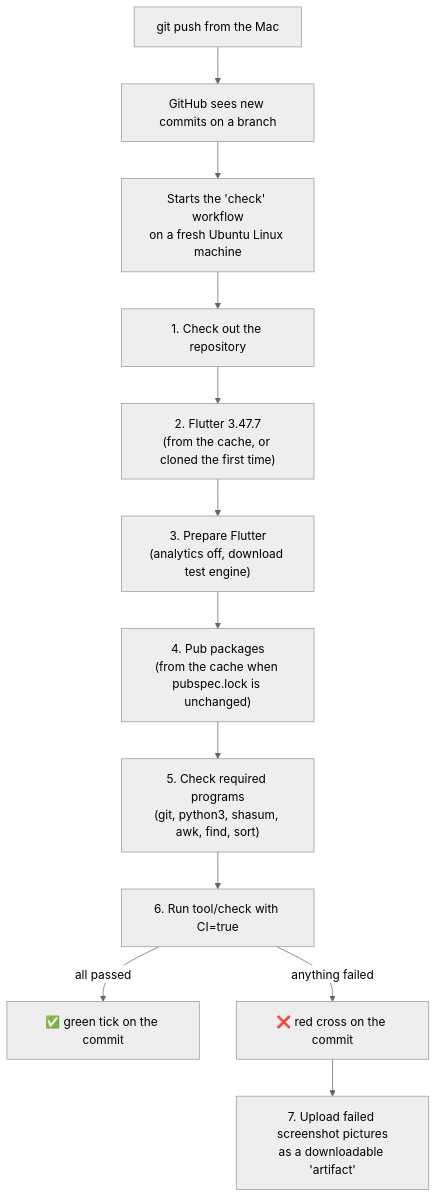
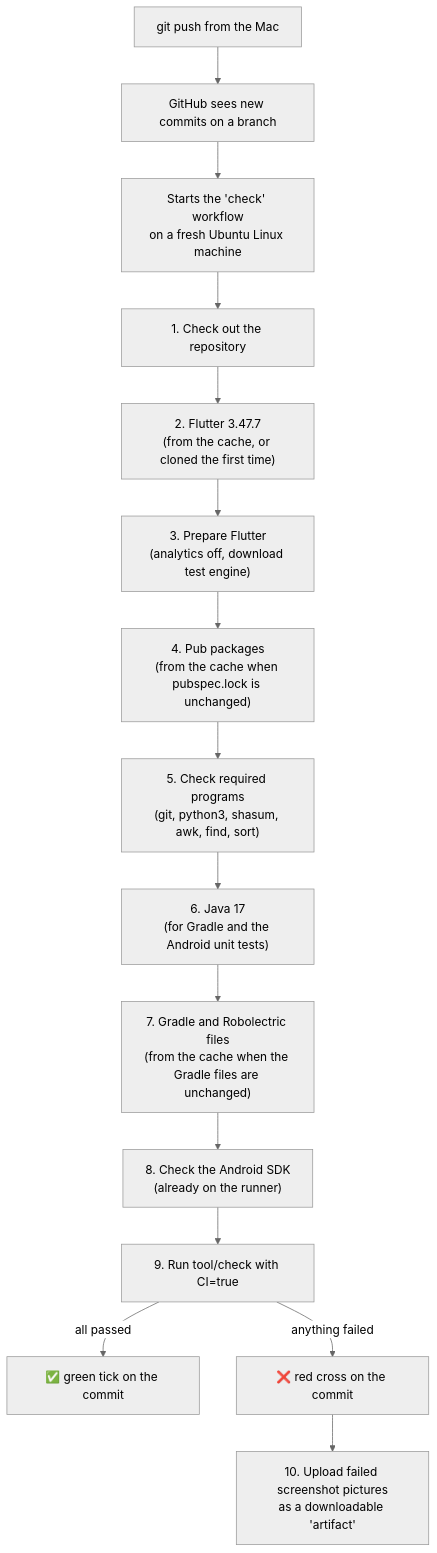
One commit to yashsarda21/taketray changed the diagram in docs/learn/github-automatic-checks.md. Above: the diagram before and after it, drawn with Mermaid (neutral theme). The commit also changed other lines of this file and 31 other files, not shown here.

````diff
--- a/docs/learn/github-automatic-checks.md
+++ b/docs/learn/github-automatic-checks.md
@@ -34,14 +34,17 @@
 ```mermaid
 flowchart TD
     A["git push from the Mac"] --> B["GitHub sees new commits on a branch"]
     B --> C["Starts the 'check' workflow<br/>on a fresh Ubuntu Linux machine"]
     C --> D["1. Check out the repository"]
     D --> E["2. Flutter 3.47.7<br/>(from the cache, or cloned the first time)"]
     E --> F["3. Prepare Flutter<br/>(analytics off, download test engine)"]
     F --> G["4. Pub packages<br/>(from the cache when pubspec.lock is unchanged)"]
     G --> H["5. Check required programs<br/>(git, python3, shasum, awk, find, sort)"]
-    H --> I["6. Run tool/check with CI=true"]
+    H --> H2["6. Java 17<br/>(for Gradle and the Android unit tests)"]
+    H2 --> H3["7. Gradle and Robolectric files<br/>(from the cache when the Gradle files are unchanged)"]
+    H3 --> H4["8. Check the Android SDK<br/>(already on the runner)"]
+    H4 --> I["9. Run tool/check with CI=true"]
     I -->|all passed| J["✅ green tick on the commit"]
     I -->|anything failed| K["❌ red cross on the commit"]
-    K --> L["7. Upload failed screenshot pictures<br/>as a downloadable 'artifact'"]
+    K --> L["10. Upload failed screenshot pictures<br/>as a downloadable 'artifact'"]
 ```
````
